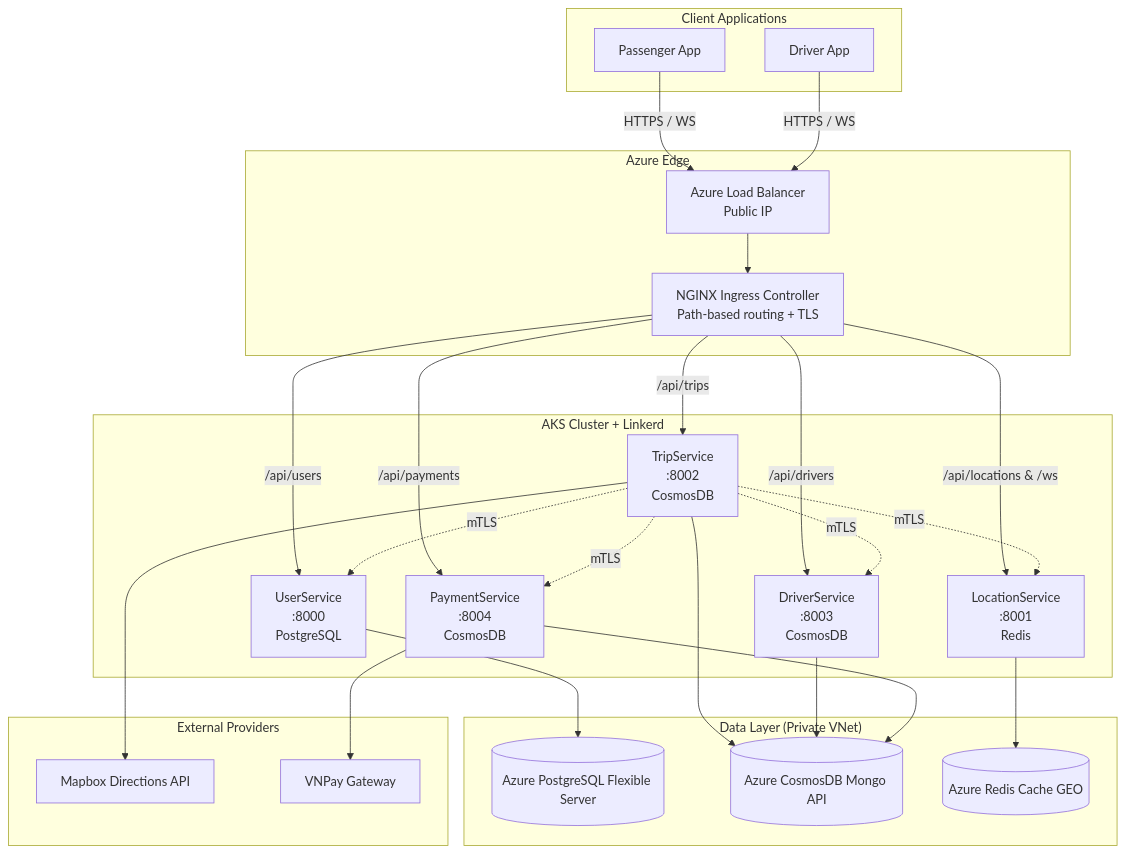
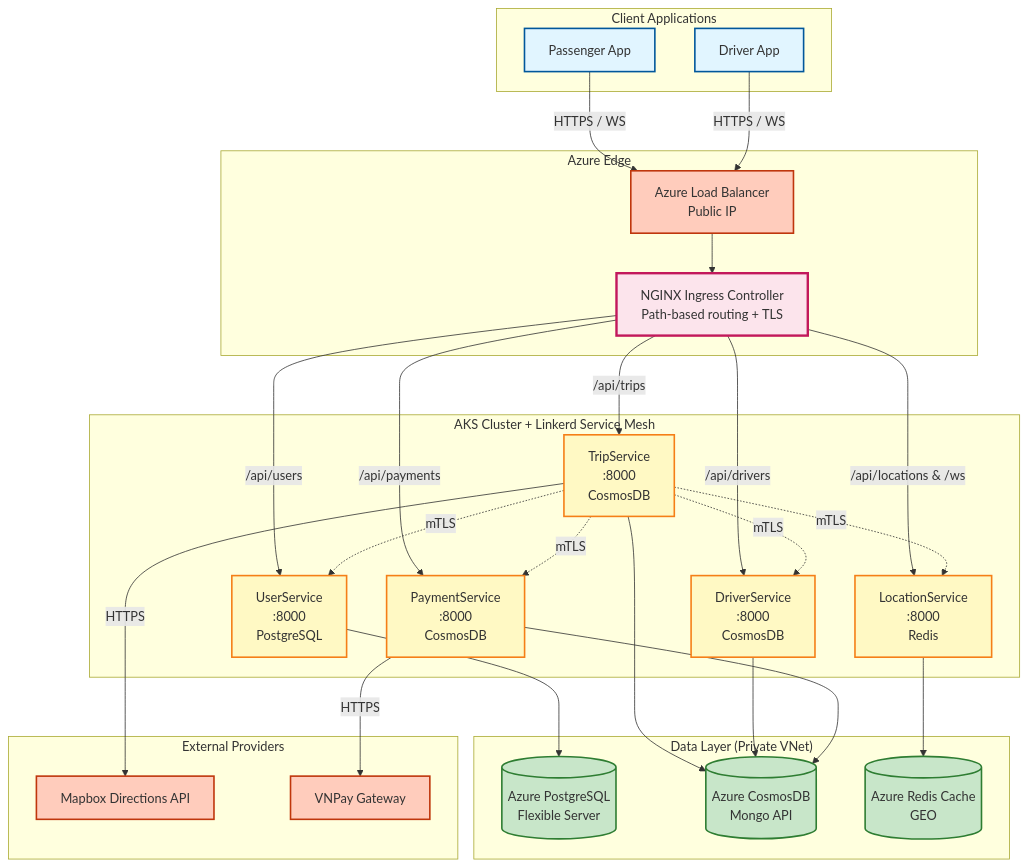
Before and after one commit to luuquanghuy-ui/se360-uit-go: the first of 2 diagrams in docs/ARCHITECTURE.md, drawn with Mermaid. The commit also changed other lines of this file, not shown here.

````diff
--- a/docs/ARCHITECTURE.md
+++ b/docs/ARCHITECTURE.md
@@ -39,54 +41,66 @@
 ```mermaid
 flowchart TB
     subgraph Clients["Client Applications"]
         PA[Passenger App]
         DA[Driver App]
     end
 
     subgraph Edge["Azure Edge"]
         ALB[Azure Load Balancer<br/>Public IP]
         NGINX[NGINX Ingress Controller<br/>Path-based routing + TLS]
     end
 
-    subgraph Mesh["AKS Cluster + Linkerd"]
+    subgraph Mesh["AKS Cluster + Linkerd Service Mesh"]
         US[UserService<br/>:8000<br/>PostgreSQL]
-        TS[TripService<br/>:8002<br/>CosmosDB]
-        DS[DriverService<br/>:8003<br/>CosmosDB]
-        LS[LocationService<br/>:8001<br/>Redis]
-        PS[PaymentService<br/>:8004<br/>CosmosDB]
+        TS[TripService<br/>:8000<br/>CosmosDB]
+        DS[DriverService<br/>:8000<br/>CosmosDB]
+        LS[LocationService<br/>:8000<br/>Redis]
+        PS[PaymentService<br/>:8000<br/>CosmosDB]
     end
 
     subgraph Data["Data Layer (Private VNet)"]
-        PG[(Azure PostgreSQL Flexible Server)]
-        COSMOS[(Azure CosmosDB Mongo API)]
-        REDIS[(Azure Redis Cache GEO)]
+        PG[(Azure PostgreSQL<br/>Flexible Server)]
+        COSMOS[(Azure CosmosDB<br/>Mongo API)]
+        REDIS[(Azure Redis Cache<br/>GEO)]
     end
 
     subgraph Ext["External Providers"]
         MAPBOX[Mapbox Directions API]
         VNPAY[VNPay Gateway]
     end
 
     PA -->|HTTPS / WS| ALB --> NGINX
     DA -->|HTTPS / WS| ALB
 
     NGINX -->|/api/users| US
     NGINX -->|/api/trips| TS
     NGINX -->|/api/drivers| DS
     NGINX -->|/api/locations & /ws| LS
     NGINX -->|/api/payments| PS
 
     US --> PG
     TS --> COSMOS
     DS --> COSMOS
     PS --> COSMOS
     LS --> REDIS
 
-    TS --> MAPBOX
-    PS --> VNPAY
+    TS -->|HTTPS| MAPBOX
+    PS -->|HTTPS| VNPAY
 
     TS -. mTLS .-> US
     TS -. mTLS .-> DS
     TS -. mTLS .-> LS
     TS -. mTLS .-> PS
+
+    classDef clientStyle fill:#e1f5ff,stroke:#01579b,stroke-width:2px
+    classDef ingressStyle fill:#fce4ec,stroke:#c2185b,stroke-width:3px
+    classDef serviceStyle fill:#fff9c4,stroke:#f57f17,stroke-width:2px
+    classDef dbStyle fill:#c8e6c9,stroke:#2e7d32,stroke-width:2px
+    classDef externalStyle fill:#ffccbc,stroke:#bf360c,stroke-width:2px
+
+    class PA,DA clientStyle
+    class NGINX ingressStyle
+    class US,TS,DS,LS,PS serviceStyle
+    class PG,COSMOS,REDIS dbStyle
+    class MAPBOX,VNPAY,ALB externalStyle
 ```
````
